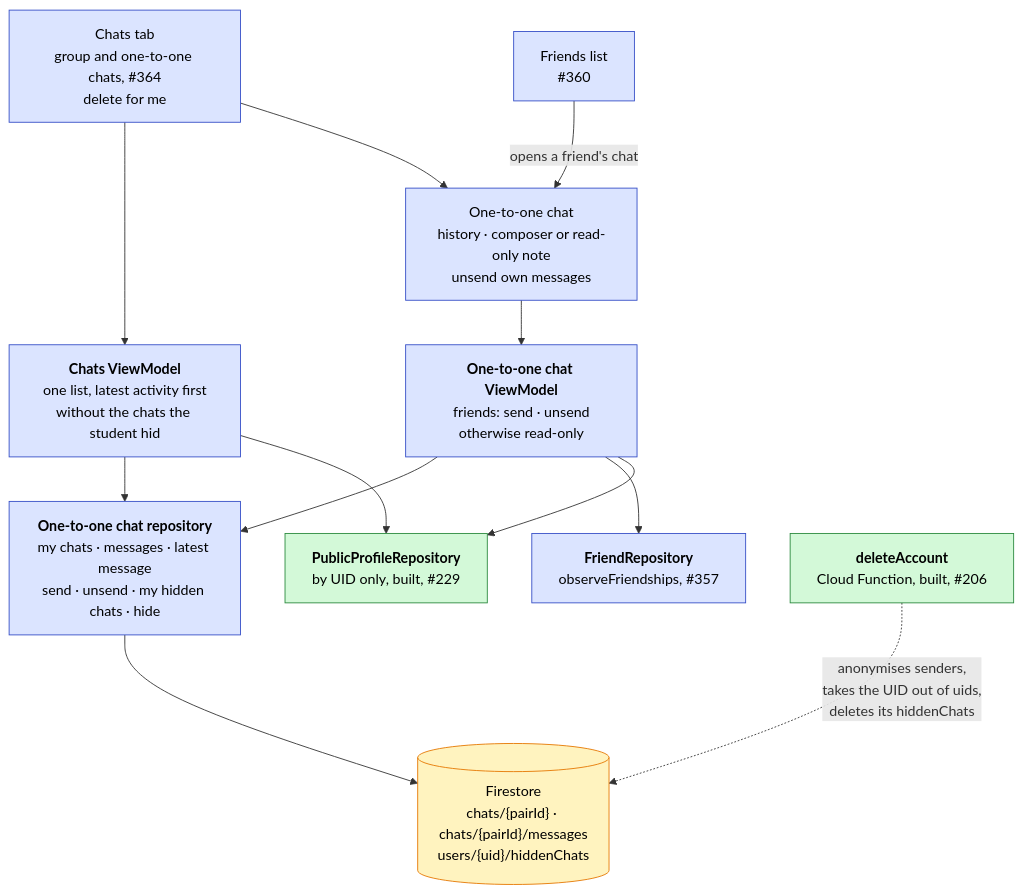
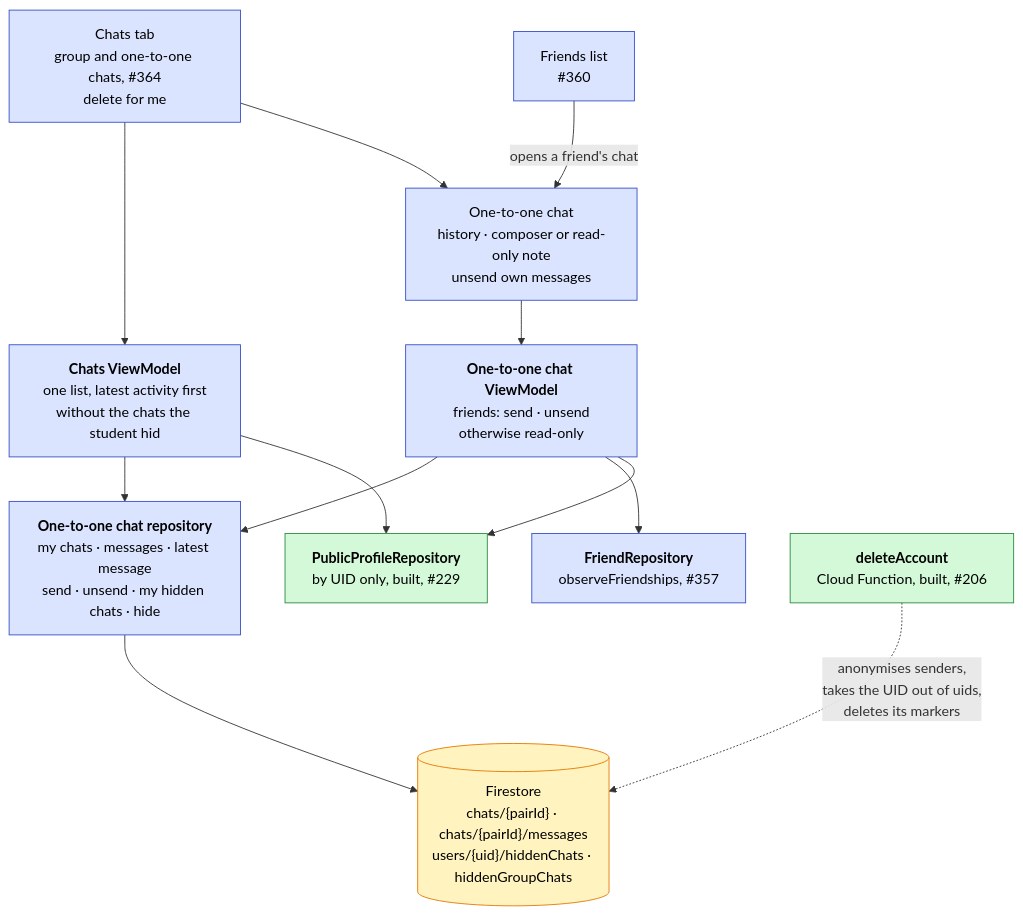
One commit to swent-polysocial/PolySocial changed the eighth of 14 diagrams in docs/Architecture-Diagram.md. Above: the diagram before and after it, drawn with Mermaid. The commit also changed other lines of this file, not shown here.

First line of the commit message:
docs: decide chat unsend and delete for me fully

````diff
--- a/docs/Architecture-Diagram.md
+++ b/docs/Architecture-Diagram.md
@@ -327,18 +327,18 @@
 ```mermaid
 flowchart TB
   classDef pb fill:#dbe4ff,stroke:#364fc7,color:#000
   classDef ext fill:#fff3bf,stroke:#e67700,color:#000
   classDef s1 fill:#d3f9d8,stroke:#2b8a3e,color:#000
 
   tab["Chats tab<br/>group and one-to-one chats, #364<br/>delete for me"]:::pb --> tabVM["<b>Chats ViewModel</b><br/>one list, latest activity first<br/>without the chats the student hid"]:::pb
   friendsUi["Friends list<br/>#360"]:::pb -- "opens a friend's chat" --> chatS
   tab --> chatS["One-to-one chat<br/>history · composer or read-only note<br/>unsend own messages"]:::pb
   chatS --> chatVM["<b>One-to-one chat ViewModel</b><br/>friends: send · unsend<br/>otherwise read-only"]:::pb
   tabVM --> repo["<b>One-to-one chat repository</b><br/>my chats · messages · latest message<br/>send · unsend · my hidden chats · hide"]:::pb
   chatVM --> repo
   chatVM --> friendRepo["<b>FriendRepository</b><br/>observeFriendships, #357"]:::pb
   chatVM --> pub["<b>PublicProfileRepository</b><br/>by UID only, built, #229"]:::s1
   tabVM --> pub
-  repo --> fs[("Firestore<br/>chats/{pairId} · chats/{pairId}/messages<br/>users/{uid}/hiddenChats")]:::ext
-  delFn["<b>deleteAccount</b><br/>Cloud Function, built, #206"]:::s1 -. "anonymises senders,<br/>takes the UID out of uids,<br/>deletes its hiddenChats" .-> fs
+  repo --> fs[("Firestore<br/>chats/{pairId} · chats/{pairId}/messages<br/>users/{uid}/hiddenChats · hiddenGroupChats")]:::ext
+  delFn["<b>deleteAccount</b><br/>Cloud Function, built, #206"]:::s1 -. "anonymises senders,<br/>takes the UID out of uids,<br/>deletes its markers" .-> fs
 ```
````
